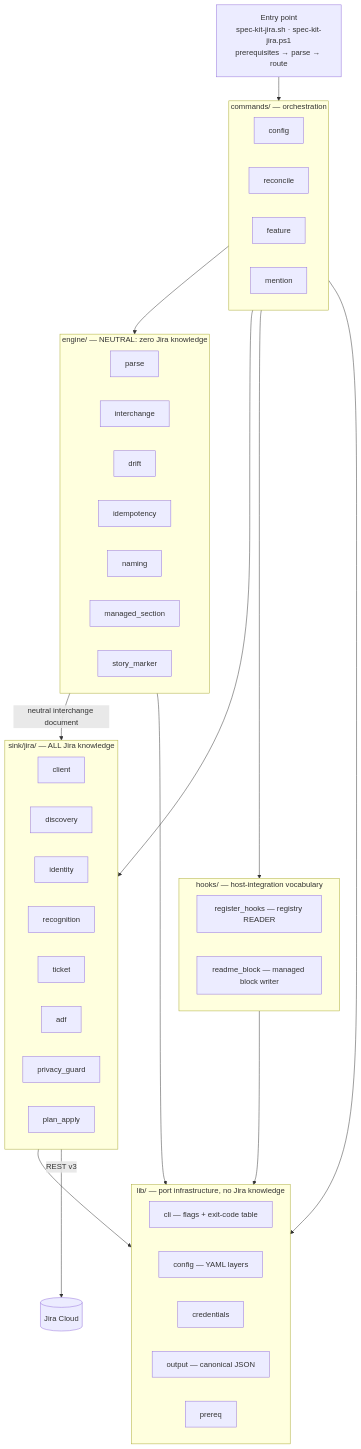
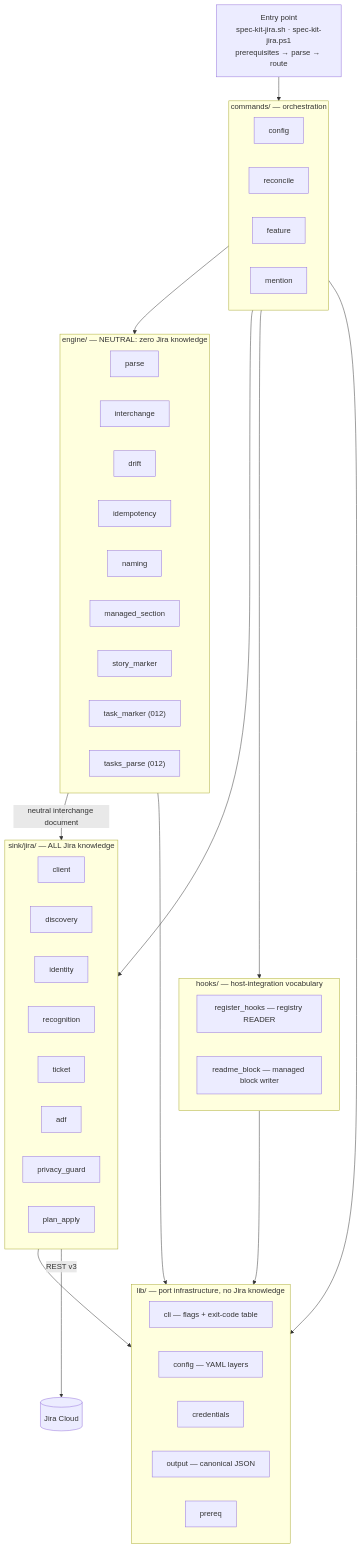
One commit to Fyloss/spec-kit-jira changed the first of 5 diagrams in docs/02-module-architecture.md. Above: the diagram before and after it, drawn with Mermaid. The commit also changed other lines of this file and 135 other files, not shown here.

First line of the commit message:
feat: mirror tasks.md into Jira sub-tasks (012-jira-task-subtasks)

````diff
--- a/docs/02-module-architecture.md
+++ b/docs/02-module-architecture.md
@@ -8,61 +8,63 @@
 ```mermaid
 flowchart TB
     Entry["Entry point<br/>spec-kit-jira.sh · spec-kit-jira.ps1<br/>prerequisites → parse → route"]
 
     subgraph CommandsLayer["commands/ — orchestration"]
         direction LR
         C1["config"]
         C2["reconcile"]
         C3["feature"]
         C4["mention"]
     end
 
     subgraph EngineLayer["engine/ — NEUTRAL: zero Jira knowledge"]
         direction LR
         E1["parse"]
         E2["interchange"]
         E3["drift"]
         E4["idempotency"]
         E5["naming"]
         E6["managed_section"]
         E7["story_marker"]
+        E8["task_marker (012)"]
+        E9["tasks_parse (012)"]
     end
 
     subgraph SinkLayer["sink/jira/ — ALL Jira knowledge"]
         direction LR
         S1["client"]
         S2["discovery"]
         S3["identity"]
         S4["recognition"]
         S5["ticket"]
         S6["adf"]
         S7["privacy_guard"]
         S8["plan_apply"]
     end
 
     subgraph LibLayer["lib/ — port infrastructure, no Jira knowledge"]
         direction LR
         L1["cli — flags + exit-code table"]
         L2["config — YAML layers"]
         L3["credentials"]
         L4["output — canonical JSON"]
         L5["prereq"]
     end
 
     subgraph HooksLayer["hooks/ — host-integration vocabulary"]
         direction LR
         H1["register_hooks — registry READER"]
         H2["readme_block — managed block writer"]
     end
 
     Entry --> CommandsLayer
     CommandsLayer --> EngineLayer
     CommandsLayer --> SinkLayer
     CommandsLayer --> HooksLayer
     EngineLayer -->|"neutral interchange document"| SinkLayer
     CommandsLayer --> LibLayer
     EngineLayer --> LibLayer
     SinkLayer --> LibLayer
     HooksLayer --> LibLayer
     SinkLayer -->|"REST v3"| Jira[("Jira Cloud")]
 ```
````
